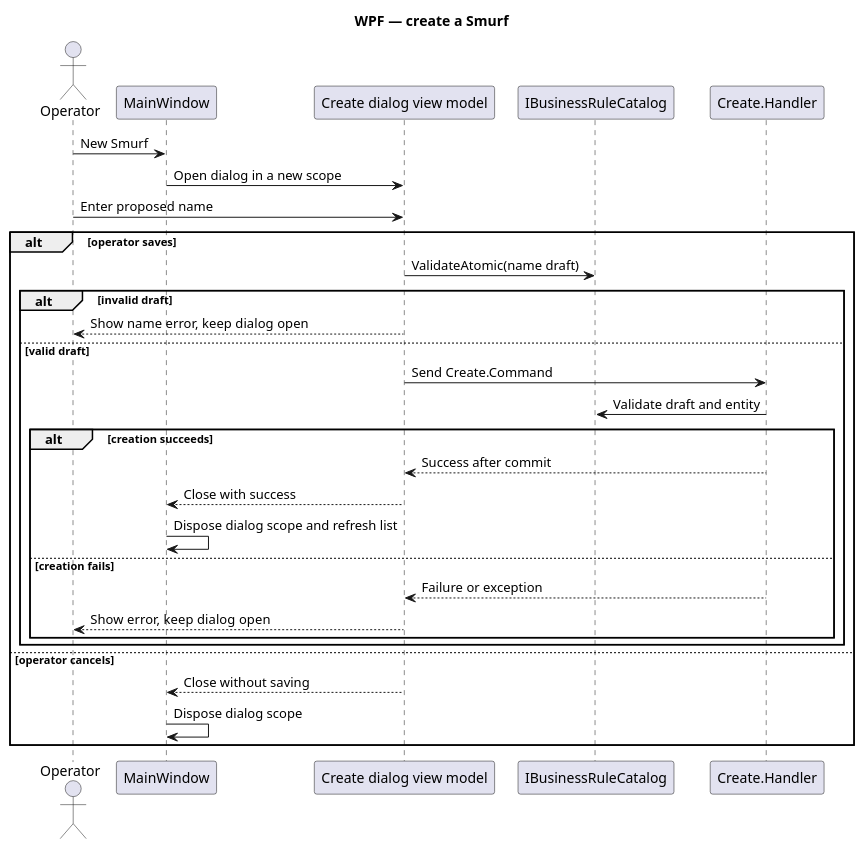
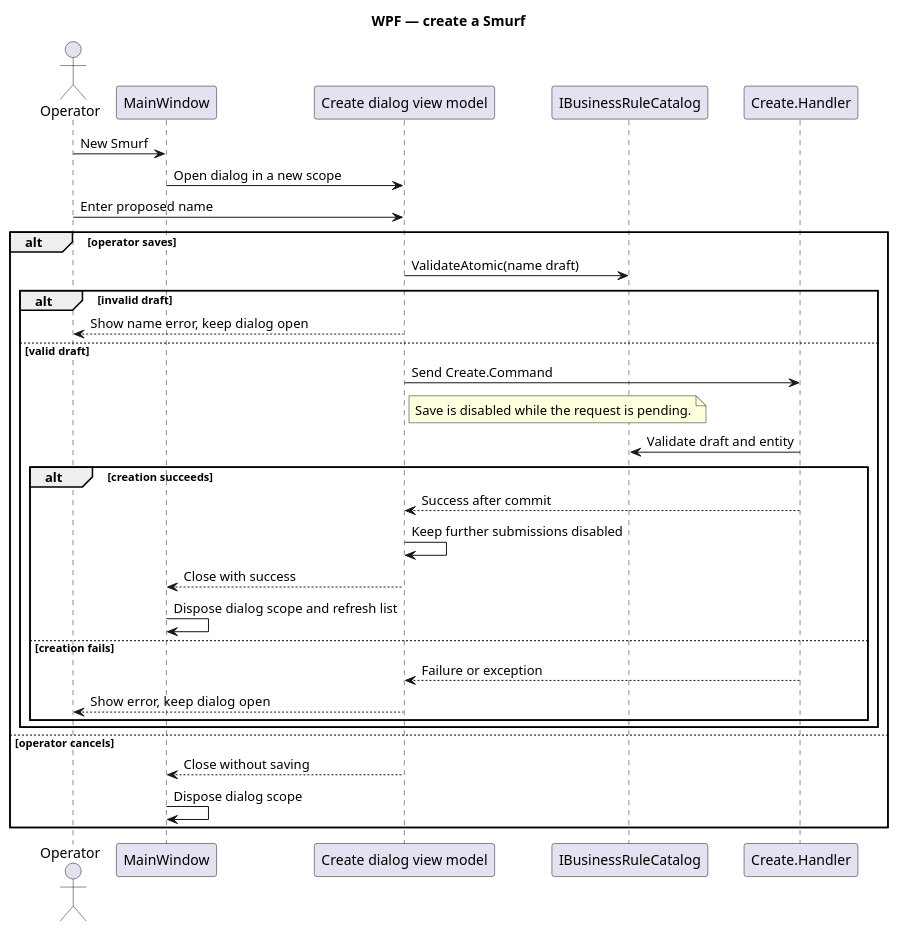
One commit to EbbeMeloSorensen/Smurfs changed the diagram in docs/behavioral/diagrams/wpf-create.puml. Above: the diagram before and after it, drawn with PlantUML. The commit also changed 3 other files, not shown here.

```diff
--- a/docs/behavioral/diagrams/wpf-create.puml
+++ b/docs/behavioral/diagrams/wpf-create.puml
@@ -1,32 +1,34 @@
 @startuml
 title WPF — create a Smurf
 actor Operator
 participant MainWindow as Window
 participant "Create dialog view model" as Dialog
 participant IBusinessRuleCatalog as Catalog
 participant "Create.Handler" as Create
 
 Operator -> Window : New Smurf
 Window -> Dialog : Open dialog in a new scope
 Operator -> Dialog : Enter proposed name
 alt operator saves
   Dialog -> Catalog : ValidateAtomic(name draft)
   alt invalid draft
     Dialog --> Operator : Show name error, keep dialog open
   else valid draft
     Dialog -> Create : Send Create.Command
+    note right of Dialog: Save is disabled while the request is pending.
     Create -> Catalog : Validate draft and entity
     alt creation succeeds
       Create --> Dialog : Success after commit
+      Dialog -> Dialog : Keep further submissions disabled
       Dialog --> Window : Close with success
       Window -> Window : Dispose dialog scope and refresh list
     else creation fails
       Create --> Dialog : Failure or exception
       Dialog --> Operator : Show error, keep dialog open
     end
   end
 else operator cancels
   Dialog --> Window : Close without saving
   Window -> Window : Dispose dialog scope
 end
 @enduml
```
